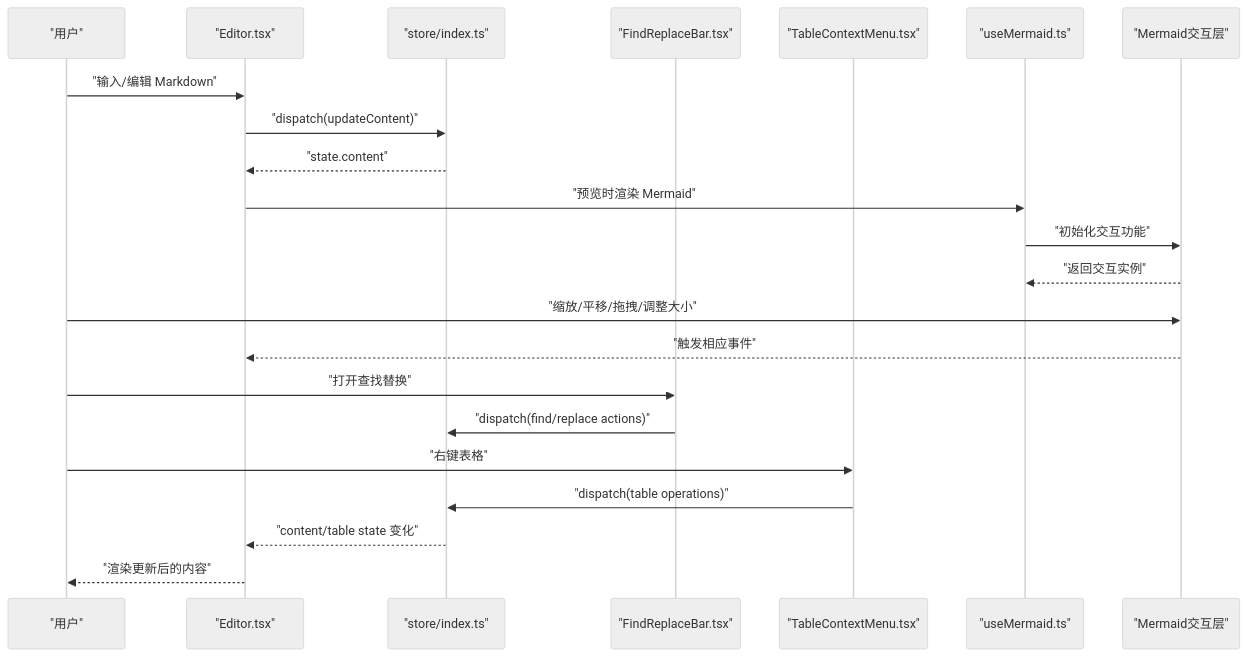
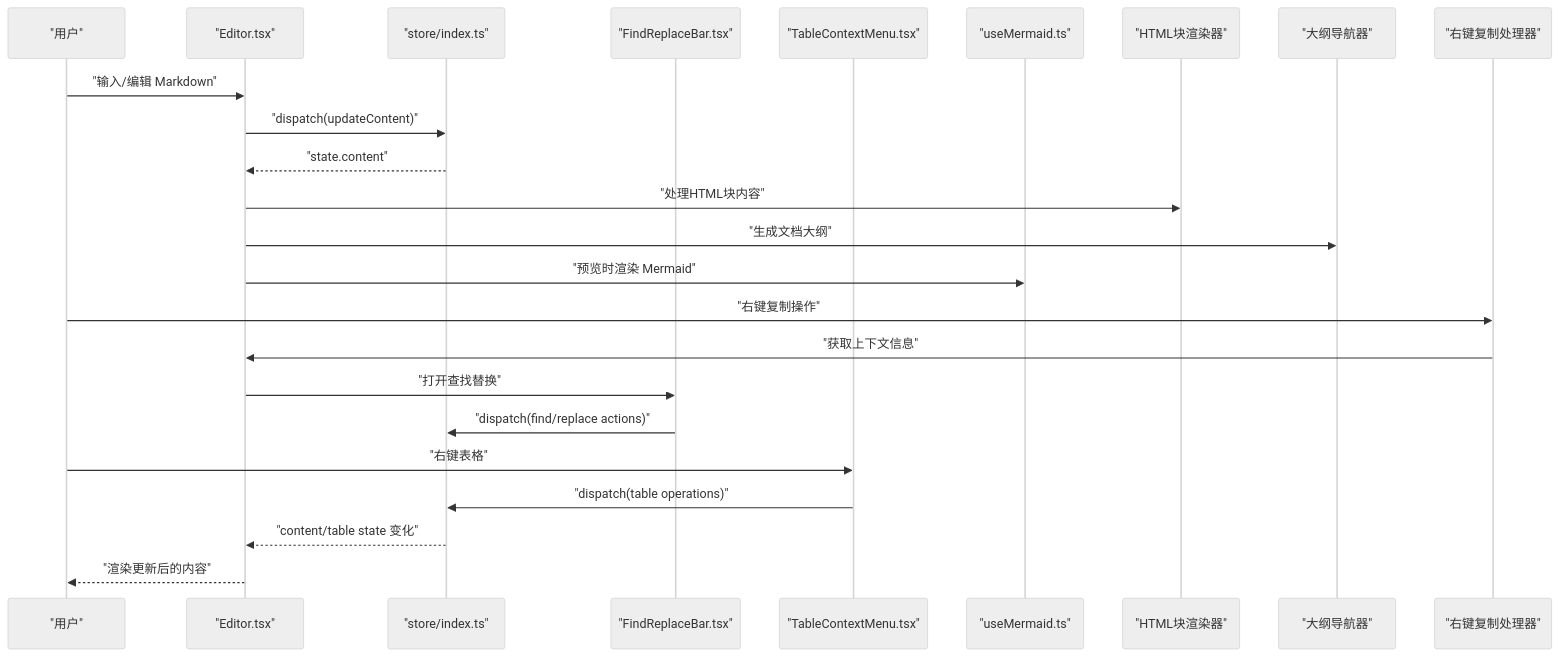
The second of 7 diagrams in .qoder/repowiki/zh/content/核心组件/编辑器组件.md (gongshiyun/ZenNote), drawn with Mermaid (neutral theme) before and after one commit. The commit also changed other lines of this file and 40 other files, not shown here.

````diff
--- a/.qoder/repowiki/zh/content/核心组件/编辑器组件.md
+++ b/.qoder/repowiki/zh/content/核心组件/编辑器组件.md
@@ -121,24 +134,26 @@
 ```mermaid
 sequenceDiagram
 participant U as "用户"
 participant E as "Editor.tsx"
 participant S as "store/index.ts"
 participant F as "FindReplaceBar.tsx"
 participant T as "TableContextMenu.tsx"
 participant M as "useMermaid.ts"
-participant I as "Mermaid交互层"
+participant H as "HTML块渲染器"
+participant O as "大纲导航器"
+participant R as "右键复制处理器"
 U->>E : "输入/编辑 Markdown"
 E->>S : "dispatch(updateContent)"
 S-->>E : "state.content"
+E->>H : "处理HTML块内容"
+E->>O : "生成文档大纲"
 E->>M : "预览时渲染 Mermaid"
-M->>I : "初始化交互功能"
-I-->>M : "返回交互实例"
-U->>I : "缩放/平移/拖拽/调整大小"
-I-->>E : "触发相应事件"
-U->>F : "打开查找替换"
+U->>R : "右键复制操作"
+R->>E : "获取上下文信息"
+E->>F : "打开查找替换"
 F->>S : "dispatch(find/replace actions)"
 U->>T : "右键表格"
 T->>S : "dispatch(table operations)"
 S-->>E : "content/table state 变化"
 E-->>U : "渲染更新后的内容"
 ```
````
